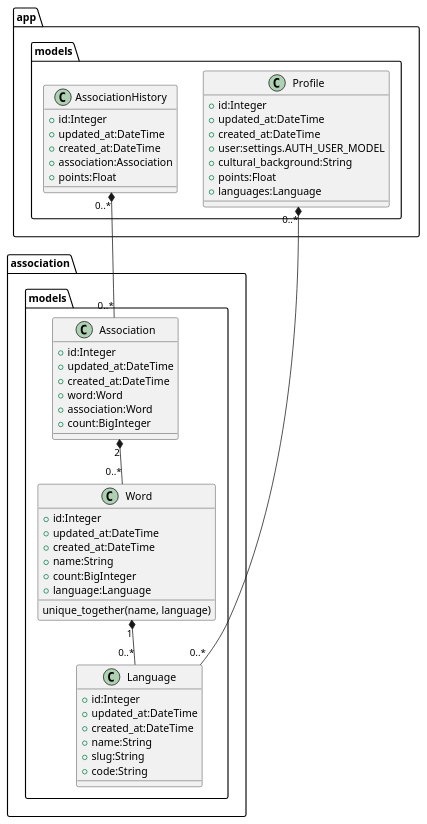
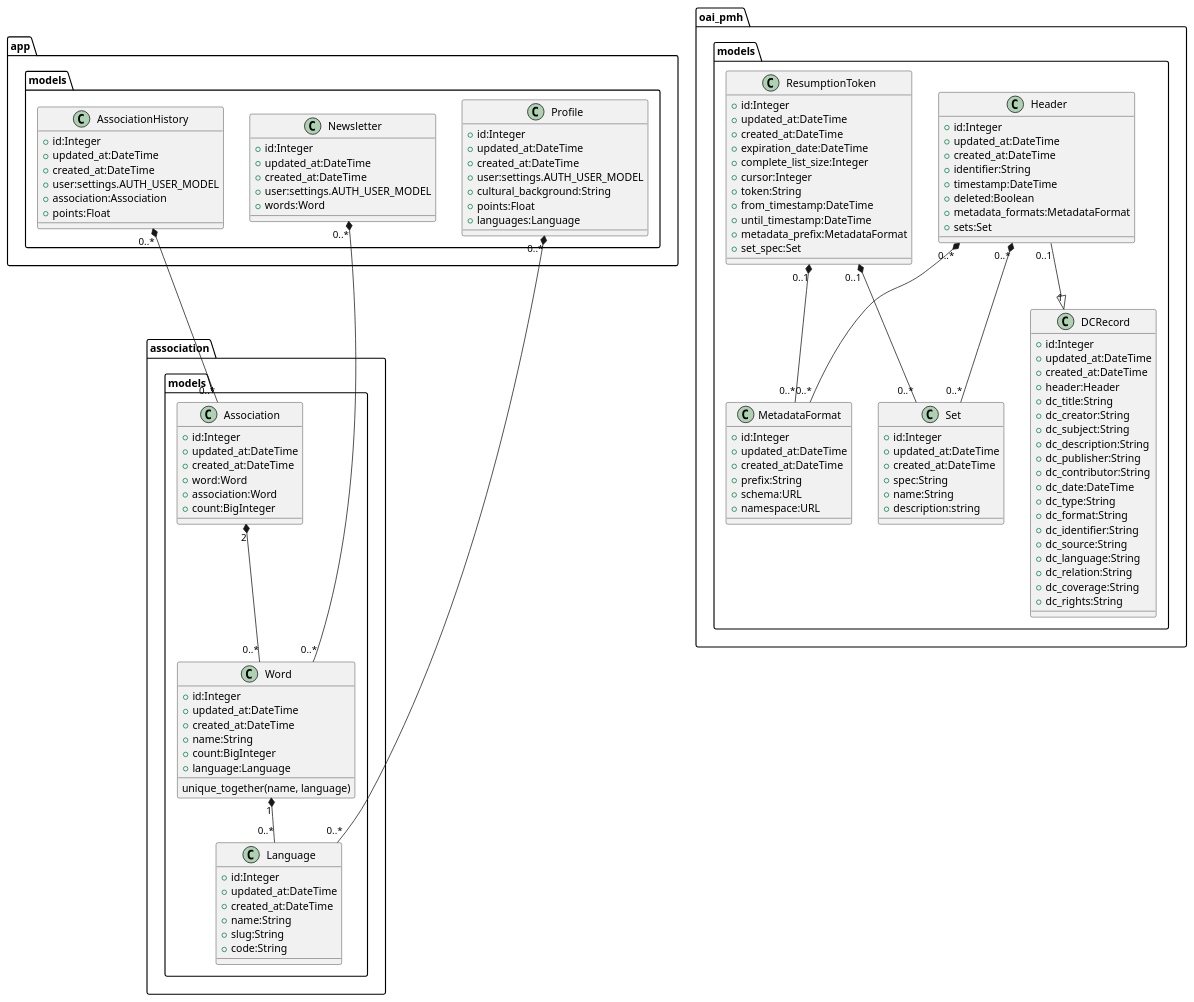
The diagram in tima.puml (Tima-Is-My-Association/docs), drawn with PlantUML before and after one commit. The commit also changed 1 other file, not shown here.

Commit message:
Updated UML.

```diff
--- a/tima.puml
+++ b/tima.puml
@@ -1,54 +1,136 @@
 @startuml
 
 class association.models.Language {
     +id:Integer
     +updated_at:DateTime
     +created_at:DateTime
     +name:String
     +slug:String
     +code:String
 }
 
 class association.models.Word {
     +id:Integer
     +updated_at:DateTime
     +created_at:DateTime
     +name:String
     +count:BigInteger
     +language:Language
     unique_together(name, language)
 }
 
 class association.models.Association {
     +id:Integer
     +updated_at:DateTime
     +created_at:DateTime
     +word:Word
     +association:Word
     +count:BigInteger
 }
 
 class app.models.Profile {
     +id:Integer
     +updated_at:DateTime
     +created_at:DateTime
     +user:settings.AUTH_USER_MODEL
     +cultural_background:String
     +points:Float
     +languages:Language
 }
 
 class app.models.AssociationHistory {
     +id:Integer
     +updated_at:DateTime
     +created_at:DateTime
+    +user:settings.AUTH_USER_MODEL
     +association:Association
     +points:Float
 }
 
+class app.models.Newsletter {
+    +id:Integer
+    +updated_at:DateTime
+    +created_at:DateTime
+    +user:settings.AUTH_USER_MODEL
+    +words:Word
+}
+
+class oai_pmh.models.MetadataFormat {
+    +id:Integer
+    +updated_at:DateTime
+    +created_at:DateTime
+    +prefix:String
+    +schema:URL
+    +namespace:URL
+}
+
+class oai_pmh.models.Set {
+    +id:Integer
+    +updated_at:DateTime
+    +created_at:DateTime
+    +spec:String
+    +name:String
+    +description:string
+}
+
+class oai_pmh.models.Header {
+    +id:Integer
+    +updated_at:DateTime
+    +created_at:DateTime
+    +identifier:String
+    +timestamp:DateTime
+    +deleted:Boolean
+    +metadata_formats:MetadataFormat
+    +sets:Set
+}
+
+class oai_pmh.models.ResumptionToken {
+    +id:Integer
+    +updated_at:DateTime
+    +created_at:DateTime
+    +expiration_date:DateTime
+    +complete_list_size:Integer
+    +cursor:Integer
+    +token:String
+    +from_timestamp:DateTime
+    +until_timestamp:DateTime
+    +metadata_prefix:MetadataFormat
+    +set_spec:Set
+}
+
+class oai_pmh.models.DCRecord {
+    +id:Integer
+    +updated_at:DateTime
+    +created_at:DateTime
+    +header:Header
+    +dc_title:String
+    +dc_creator:String
+    +dc_subject:String
+    +dc_description:String
+    +dc_publisher:String
+    +dc_contributor:String
+    +dc_date:DateTime
+    +dc_type:String
+    +dc_format:String
+    +dc_identifier:String
+    +dc_source:String
+    +dc_language:String
+    +dc_relation:String
+    +dc_coverage:String
+    +dc_rights:String
+}
+
+
 app.models.AssociationHistory "0..*" *-- "0..*" association.models.Association
 app.models.Profile "0..*" *-- "0..*" association.models.Language
+app.models.Newsletter "0..*" *-- "0..*" association.models.Word
 association.models.Association "2" *-- "0..*" association.models.Word
 association.models.Word "1" *-- "0..*" association.models.Language
 
+oai_pmh.models.Header "0..*" *-- "0..*" oai_pmh.models.MetadataFormat
+oai_pmh.models.Header "0..*" *-- "0..*" oai_pmh.models.Set
+oai_pmh.models.ResumptionToken "0..1" *-- "0..*" oai_pmh.models.MetadataFormat
+oai_pmh.models.ResumptionToken "0..1" *-- "0..*" oai_pmh.models.Set
+oai_pmh.models.Header "0..1" --|> "1" oai_pmh.models.DCRecord
+
 @enduml
```
